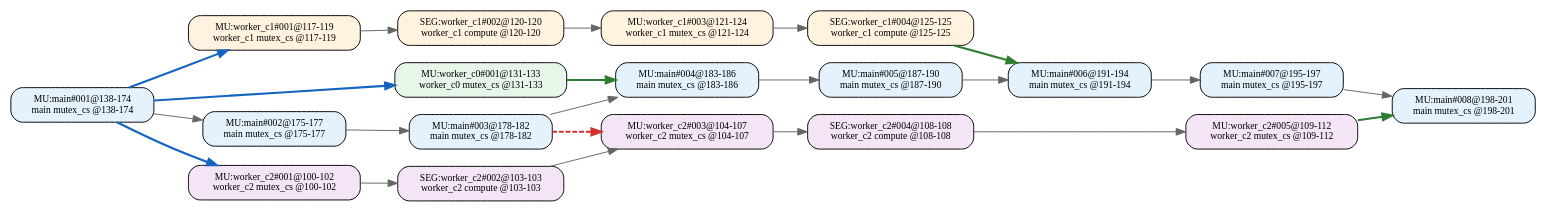
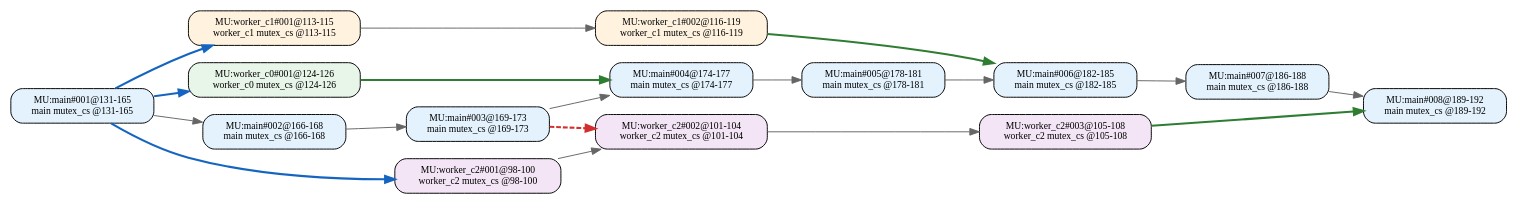
Before and after one commit to RTS-SYSU/DAG-Gen: the diagram in 中间结果/zhang2/pipeline/blocks/level2/effective_line_merge/dag_seg.dot, drawn with Graphviz. The commit also changed 11697 other files, not shown here.

```diff
--- a/中间结果/zhang2/pipeline/blocks/level2/effective_line_merge/dag_seg.dot
+++ b/中间结果/zhang2/pipeline/blocks/level2/effective_line_merge/dag_seg.dot
@@ -1,43 +1,35 @@
 digraph Level2SegDAG {
   rankdir=LR;
   node [shape=box, fontname="Consolas", fontsize=10];
-  "MU:main#001@138-174" [style="rounded,filled", fillcolor="#E3F2FD", label="MU:main#001@138-174\nmain mutex_cs @138-174"];
-  "MU:main#002@175-177" [style="rounded,filled", fillcolor="#E3F2FD", label="MU:main#002@175-177\nmain mutex_cs @175-177"];
-  "MU:main#003@178-182" [style="rounded,filled", fillcolor="#E3F2FD", label="MU:main#003@178-182\nmain mutex_cs @178-182"];
-  "MU:main#004@183-186" [style="rounded,filled", fillcolor="#E3F2FD", label="MU:main#004@183-186\nmain mutex_cs @183-186"];
-  "MU:main#005@187-190" [style="rounded,filled", fillcolor="#E3F2FD", label="MU:main#005@187-190\nmain mutex_cs @187-190"];
-  "MU:main#006@191-194" [style="rounded,filled", fillcolor="#E3F2FD", label="MU:main#006@191-194\nmain mutex_cs @191-194"];
-  "MU:main#007@195-197" [style="rounded,filled", fillcolor="#E3F2FD", label="MU:main#007@195-197\nmain mutex_cs @195-197"];
-  "MU:main#008@198-201" [style="rounded,filled", fillcolor="#E3F2FD", label="MU:main#008@198-201\nmain mutex_cs @198-201"];
-  "MU:worker_c0#001@131-133" [style="rounded,filled", fillcolor="#E8F5E9", label="MU:worker_c0#001@131-133\nworker_c0 mutex_cs @131-133"];
-  "MU:worker_c1#001@117-119" [style="rounded,filled", fillcolor="#FFF3E0", label="MU:worker_c1#001@117-119\nworker_c1 mutex_cs @117-119"];
-  "MU:worker_c1#003@121-124" [style="rounded,filled", fillcolor="#FFF3E0", label="MU:worker_c1#003@121-124\nworker_c1 mutex_cs @121-124"];
-  "MU:worker_c2#001@100-102" [style="rounded,filled", fillcolor="#F3E5F5", label="MU:worker_c2#001@100-102\nworker_c2 mutex_cs @100-102"];
-  "MU:worker_c2#003@104-107" [style="rounded,filled", fillcolor="#F3E5F5", label="MU:worker_c2#003@104-107\nworker_c2 mutex_cs @104-107"];
-  "MU:worker_c2#005@109-112" [style="rounded,filled", fillcolor="#F3E5F5", label="MU:worker_c2#005@109-112\nworker_c2 mutex_cs @109-112"];
-  "SEG:worker_c1#002@120-120" [style="rounded,filled", fillcolor="#FFF3E0", label="SEG:worker_c1#002@120-120\nworker_c1 compute @120-120"];
-  "SEG:worker_c1#004@125-125" [style="rounded,filled", fillcolor="#FFF3E0", label="SEG:worker_c1#004@125-125\nworker_c1 compute @125-125"];
-  "SEG:worker_c2#002@103-103" [style="rounded,filled", fillcolor="#F3E5F5", label="SEG:worker_c2#002@103-103\nworker_c2 compute @103-103"];
-  "SEG:worker_c2#004@108-108" [style="rounded,filled", fillcolor="#F3E5F5", label="SEG:worker_c2#004@108-108\nworker_c2 compute @108-108"];
-  "MU:worker_c2#001@100-102" -> "SEG:worker_c2#002@103-103" [color="#666666", style="solid", penwidth=1.0];
-  "SEG:worker_c2#002@103-103" -> "MU:worker_c2#003@104-107" [color="#666666", style="solid", penwidth=1.0];
-  "MU:worker_c2#003@104-107" -> "SEG:worker_c2#004@108-108" [color="#666666", style="solid", penwidth=1.0];
-  "SEG:worker_c2#004@108-108" -> "MU:worker_c2#005@109-112" [color="#666666", style="solid", penwidth=1.0];
-  "MU:worker_c1#001@117-119" -> "SEG:worker_c1#002@120-120" [color="#666666", style="solid", penwidth=1.0];
-  "SEG:worker_c1#002@120-120" -> "MU:worker_c1#003@121-124" [color="#666666", style="solid", penwidth=1.0];
-  "MU:worker_c1#003@121-124" -> "SEG:worker_c1#004@125-125" [color="#666666", style="solid", penwidth=1.0];
-  "MU:main#001@138-174" -> "MU:main#002@175-177" [color="#666666", style="solid", penwidth=1.0];
-  "MU:main#002@175-177" -> "MU:main#003@178-182" [color="#666666", style="solid", penwidth=1.0];
-  "MU:main#003@178-182" -> "MU:main#004@183-186" [color="#666666", style="solid", penwidth=1.0];
-  "MU:main#004@183-186" -> "MU:main#005@187-190" [color="#666666", style="solid", penwidth=1.0];
-  "MU:main#005@187-190" -> "MU:main#006@191-194" [color="#666666", style="solid", penwidth=1.0];
-  "MU:main#006@191-194" -> "MU:main#007@195-197" [color="#666666", style="solid", penwidth=1.0];
-  "MU:main#007@195-197" -> "MU:main#008@198-201" [color="#666666", style="solid", penwidth=1.0];
-  "MU:main#001@138-174" -> "MU:worker_c0#001@131-133" [color="#1565C0", style="solid", penwidth=2.2];
-  "MU:main#001@138-174" -> "MU:worker_c1#001@117-119" [color="#1565C0", style="solid", penwidth=2.2];
-  "MU:main#001@138-174" -> "MU:worker_c2#001@100-102" [color="#1565C0", style="solid", penwidth=2.2];
-  "MU:worker_c0#001@131-133" -> "MU:main#004@183-186" [color="#2E7D32", style="solid", penwidth=2.2];
-  "SEG:worker_c1#004@125-125" -> "MU:main#006@191-194" [color="#2E7D32", style="solid", penwidth=2.2];
-  "MU:worker_c2#005@109-112" -> "MU:main#008@198-201" [color="#2E7D32", style="solid", penwidth=2.2];
-  "MU:main#003@178-182" -> "MU:worker_c2#003@104-107" [color="#D32F2F", style="dashed", penwidth=2.2];
+  "MU:main#001@131-165" [style="rounded,filled", fillcolor="#E3F2FD", label="MU:main#001@131-165\nmain mutex_cs @131-165"];
+  "MU:main#002@166-168" [style="rounded,filled", fillcolor="#E3F2FD", label="MU:main#002@166-168\nmain mutex_cs @166-168"];
+  "MU:main#003@169-173" [style="rounded,filled", fillcolor="#E3F2FD", label="MU:main#003@169-173\nmain mutex_cs @169-173"];
+  "MU:main#004@174-177" [style="rounded,filled", fillcolor="#E3F2FD", label="MU:main#004@174-177\nmain mutex_cs @174-177"];
+  "MU:main#005@178-181" [style="rounded,filled", fillcolor="#E3F2FD", label="MU:main#005@178-181\nmain mutex_cs @178-181"];
+  "MU:main#006@182-185" [style="rounded,filled", fillcolor="#E3F2FD", label="MU:main#006@182-185\nmain mutex_cs @182-185"];
+  "MU:main#007@186-188" [style="rounded,filled", fillcolor="#E3F2FD", label="MU:main#007@186-188\nmain mutex_cs @186-188"];
+  "MU:main#008@189-192" [style="rounded,filled", fillcolor="#E3F2FD", label="MU:main#008@189-192\nmain mutex_cs @189-192"];
+  "MU:worker_c0#001@124-126" [style="rounded,filled", fillcolor="#E8F5E9", label="MU:worker_c0#001@124-126\nworker_c0 mutex_cs @124-126"];
+  "MU:worker_c1#001@113-115" [style="rounded,filled", fillcolor="#FFF3E0", label="MU:worker_c1#001@113-115\nworker_c1 mutex_cs @113-115"];
+  "MU:worker_c1#002@116-119" [style="rounded,filled", fillcolor="#FFF3E0", label="MU:worker_c1#002@116-119\nworker_c1 mutex_cs @116-119"];
+  "MU:worker_c2#001@98-100" [style="rounded,filled", fillcolor="#F3E5F5", label="MU:worker_c2#001@98-100\nworker_c2 mutex_cs @98-100"];
+  "MU:worker_c2#002@101-104" [style="rounded,filled", fillcolor="#F3E5F5", label="MU:worker_c2#002@101-104\nworker_c2 mutex_cs @101-104"];
+  "MU:worker_c2#003@105-108" [style="rounded,filled", fillcolor="#F3E5F5", label="MU:worker_c2#003@105-108\nworker_c2 mutex_cs @105-108"];
+  "MU:worker_c2#001@98-100" -> "MU:worker_c2#002@101-104" [color="#666666", style="solid", penwidth=1.0];
+  "MU:worker_c2#002@101-104" -> "MU:worker_c2#003@105-108" [color="#666666", style="solid", penwidth=1.0];
+  "MU:worker_c1#001@113-115" -> "MU:worker_c1#002@116-119" [color="#666666", style="solid", penwidth=1.0];
+  "MU:main#001@131-165" -> "MU:main#002@166-168" [color="#666666", style="solid", penwidth=1.0];
+  "MU:main#002@166-168" -> "MU:main#003@169-173" [color="#666666", style="solid", penwidth=1.0];
+  "MU:main#003@169-173" -> "MU:main#004@174-177" [color="#666666", style="solid", penwidth=1.0];
+  "MU:main#004@174-177" -> "MU:main#005@178-181" [color="#666666", style="solid", penwidth=1.0];
+  "MU:main#005@178-181" -> "MU:main#006@182-185" [color="#666666", style="solid", penwidth=1.0];
+  "MU:main#006@182-185" -> "MU:main#007@186-188" [color="#666666", style="solid", penwidth=1.0];
+  "MU:main#007@186-188" -> "MU:main#008@189-192" [color="#666666", style="solid", penwidth=1.0];
+  "MU:main#001@131-165" -> "MU:worker_c0#001@124-126" [color="#1565C0", style="solid", penwidth=2.2];
+  "MU:main#001@131-165" -> "MU:worker_c1#001@113-115" [color="#1565C0", style="solid", penwidth=2.2];
+  "MU:main#001@131-165" -> "MU:worker_c2#001@98-100" [color="#1565C0", style="solid", penwidth=2.2];
+  "MU:worker_c0#001@124-126" -> "MU:main#004@174-177" [color="#2E7D32", style="solid", penwidth=2.2];
+  "MU:worker_c1#002@116-119" -> "MU:main#006@182-185" [color="#2E7D32", style="solid", penwidth=2.2];
+  "MU:worker_c2#003@105-108" -> "MU:main#008@189-192" [color="#2E7D32", style="solid", penwidth=2.2];
+  "MU:main#003@169-173" -> "MU:worker_c2#002@101-104" [color="#D32F2F", style="dashed", penwidth=2.2];
 }
```
